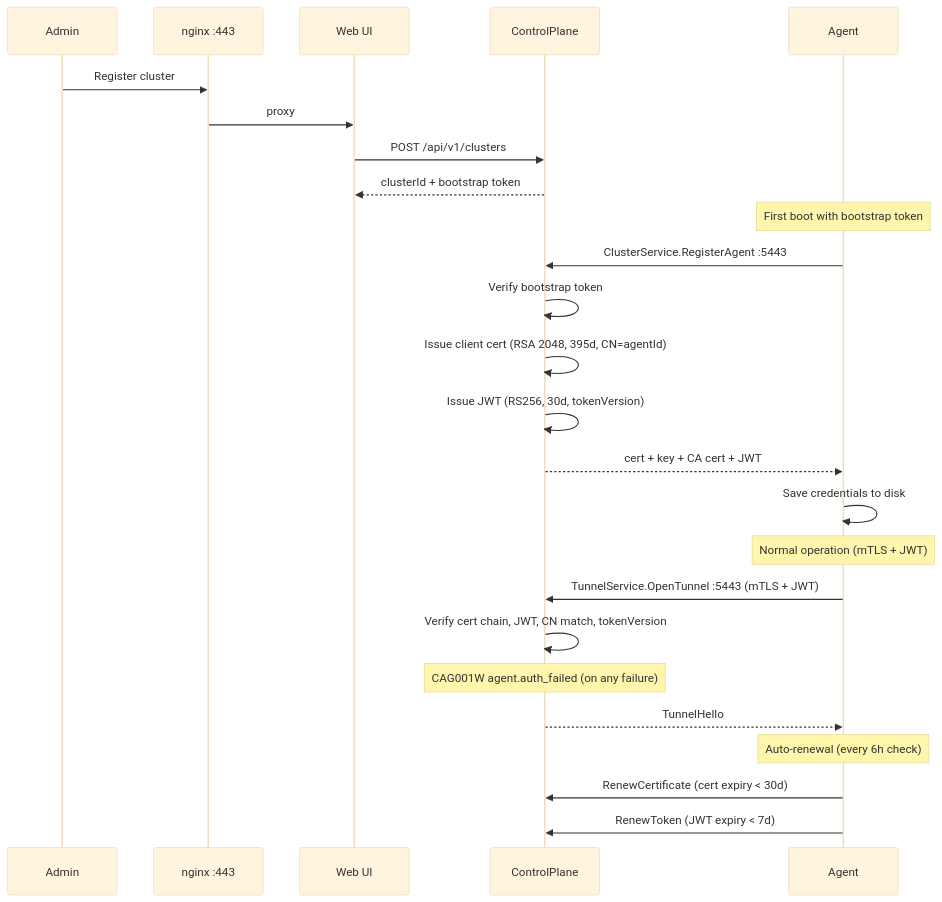
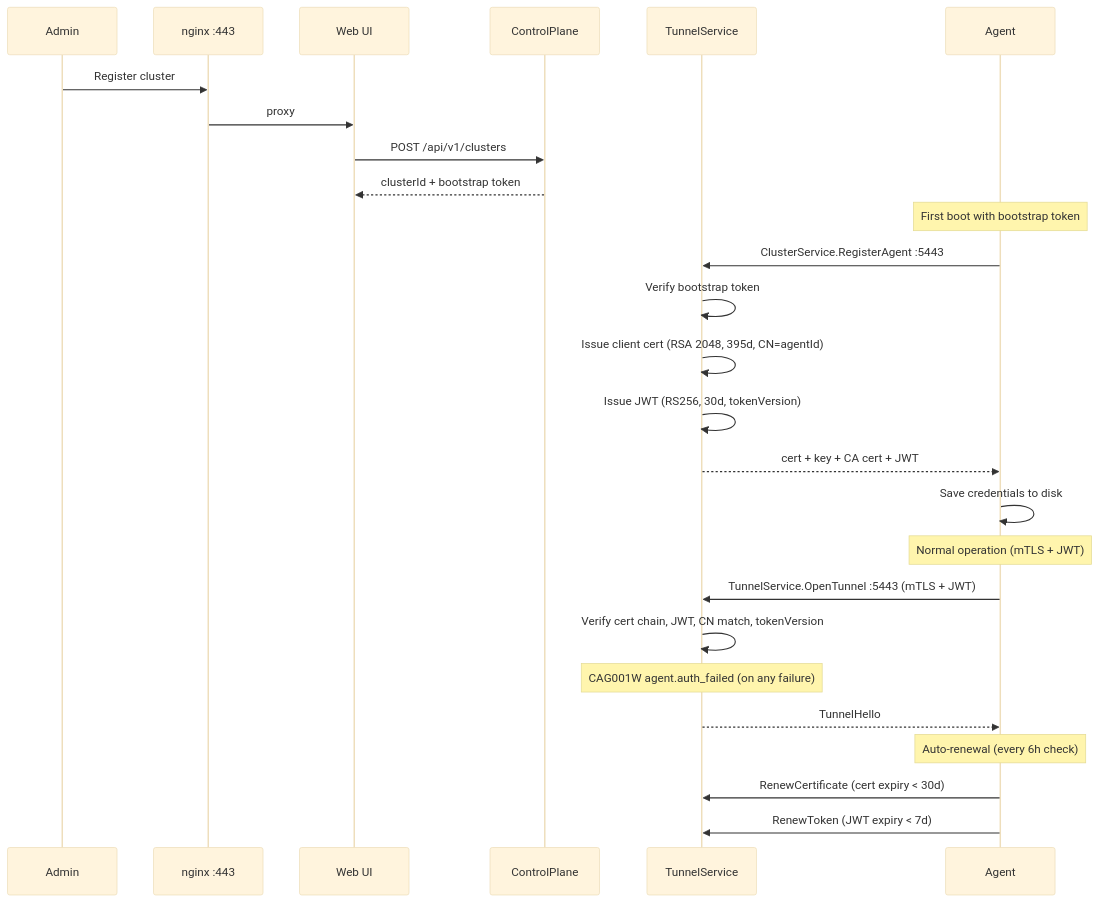
One commit to Clustral/clustral changed the sixth of 19 diagrams in README.md. Above: the diagram before and after it, drawn with Mermaid (base theme). The commit also changed other lines of this file and 10 other files, not shown here.

First line of the commit message:
docs: update all diagrams + docs for TunnelService split (#4)

````diff
--- a/README.md
+++ b/README.md
@@ -216,31 +233,32 @@
 ```mermaid
 sequenceDiagram
     participant Admin
     participant NGX as nginx :443
     participant WebUI as Web UI
     participant CP as ControlPlane
+    participant TS as TunnelService
     participant Agent as Agent
 
     Admin->>NGX: Register cluster
     NGX->>WebUI: proxy
     WebUI->>CP: POST /api/v1/clusters
     CP-->>WebUI: clusterId + bootstrap token
 
     Note over Agent: First boot with bootstrap token
-    Agent->>CP: ClusterService.RegisterAgent :5443
-    CP->>CP: Verify bootstrap token
-    CP->>CP: Issue client cert (RSA 2048, 395d, CN=agentId)
-    CP->>CP: Issue JWT (RS256, 30d, tokenVersion)
-    CP-->>Agent: cert + key + CA cert + JWT
+    Agent->>TS: ClusterService.RegisterAgent :5443
+    TS->>TS: Verify bootstrap token
+    TS->>TS: Issue client cert (RSA 2048, 395d, CN=agentId)
+    TS->>TS: Issue JWT (RS256, 30d, tokenVersion)
+    TS-->>Agent: cert + key + CA cert + JWT
     Agent->>Agent: Save credentials to disk
 
     Note over Agent: Normal operation (mTLS + JWT)
-    Agent->>CP: TunnelService.OpenTunnel :5443 (mTLS + JWT)
-    CP->>CP: Verify cert chain, JWT, CN match, tokenVersion
-    Note over CP: CAG001W agent.auth_failed (on any failure)
-    CP-->>Agent: TunnelHello
+    Agent->>TS: TunnelService.OpenTunnel :5443 (mTLS + JWT)
+    TS->>TS: Verify cert chain, JWT, CN match, tokenVersion
+    Note over TS: CAG001W agent.auth_failed (on any failure)
+    TS-->>Agent: TunnelHello
 
     Note over Agent: Auto-renewal (every 6h check)
-    Agent->>CP: RenewCertificate (cert expiry < 30d)
-    Agent->>CP: RenewToken (JWT expiry < 7d)
+    Agent->>TS: RenewCertificate (cert expiry < 30d)
+    Agent->>TS: RenewToken (JWT expiry < 7d)
 ```
````
